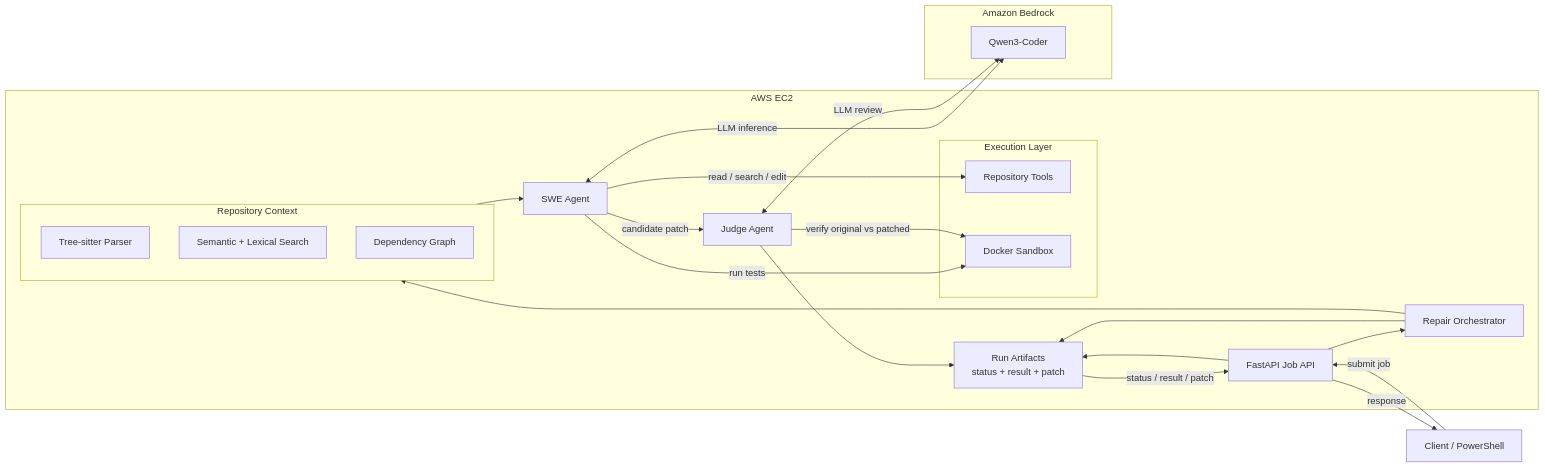
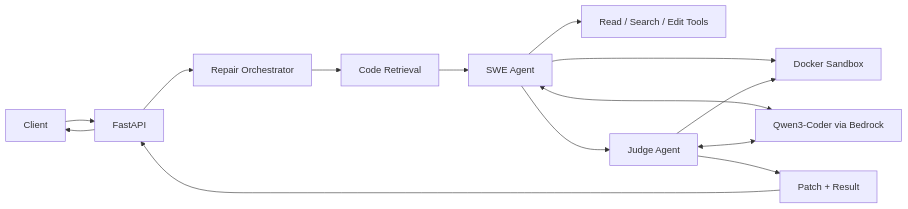
One commit to mpopov576/swe_agent changed the diagram in README.md. Above: the diagram before and after it, drawn with Mermaid. The commit also changed other lines of this file, not shown here.

````diff
--- a/README.md
+++ b/README.md
@@ -14,51 +14,20 @@
 ```mermaid
 flowchart LR
-    Client[Client / PowerShell]
+    Client[Client] --> API[FastAPI]
+    API --> Orchestrator[Repair Orchestrator]
 
-    subgraph EC2["AWS EC2"]
-        API[FastAPI Job API]
-        Orchestrator[Repair Orchestrator]
+    Orchestrator --> Retrieval[Code Retrieval]
+    Retrieval --> Agent[SWE Agent]
 
-        subgraph Retrieval["Repository Context"]
-            Parser[Tree-sitter Parser]
-            Search[Semantic + Lexical Search]
-            Graph[Dependency Graph]
-        end
+    Agent --> Tools[Read / Search / Edit Tools]
+    Agent --> Sandbox[Docker Sandbox]
+    Agent <--> Model[Qwen3-Coder via Bedrock]
 
-        Agent[SWE Agent]
-        Judge[Judge Agent]
+    Agent --> Judge[Judge Agent]
+    Judge --> Sandbox
+    Judge <--> Model
 
-        subgraph Execution["Execution Layer"]
-            Tools[Repository Tools]
-            Docker[Docker Sandbox]
-        end
-
-        Artifacts[Run Artifacts<br/>status + result + patch]
-    end
-
-    subgraph Bedrock["Amazon Bedrock"]
-        Model[Qwen3-Coder]
-    end
-
-    Client -->|submit job| API
-    API --> Orchestrator
-
-    Orchestrator --> Retrieval
-    Retrieval --> Agent
-
-    Agent -->|read / search / edit| Tools
-    Agent -->|run tests| Docker
-
-    Agent <--> |LLM inference| Model
-
-    Agent -->|candidate patch| Judge
-    Judge <--> |LLM review| Model
-    Judge -->|verify original vs patched| Docker
-
-    Orchestrator --> Artifacts
-    Judge --> Artifacts
-
-    API --> Artifacts
-    Artifacts -->|status / result / patch| API
-    API -->|response| Client
+    Judge --> Artifacts[Patch + Result]
+    Artifacts --> API
+    API --> Client
 ```
````
